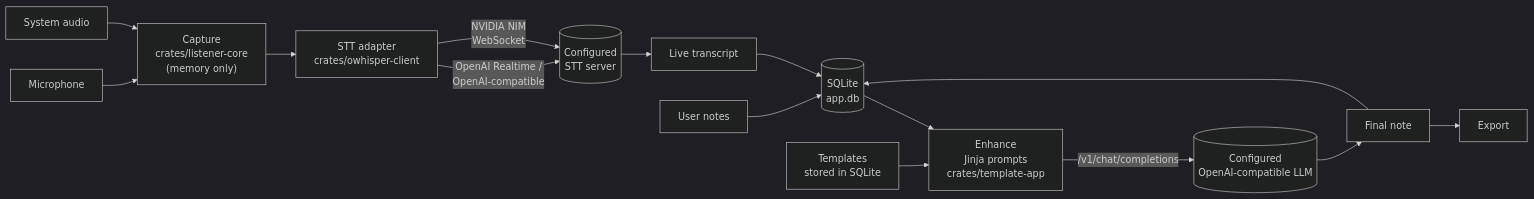
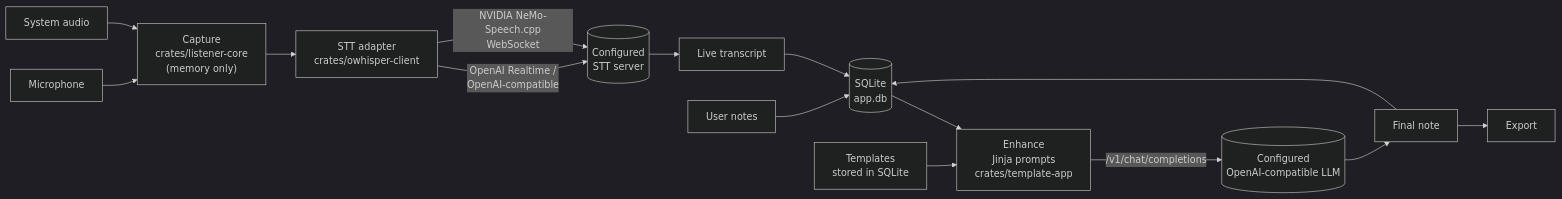
Before and after one commit to WillIsback/Syntheo: the diagram in docs/en/architecture.mdx, drawn with Mermaid (dark theme). The commit also changed other lines of this file and 128 other files, not shown here.

````diff
--- a/docs/en/architecture.mdx
+++ b/docs/en/architecture.mdx
@@ -27,17 +27,17 @@
 ```mermaid
 flowchart LR
     MIC[Microphone] --> CAP
     SYS[System audio] --> CAP
     CAP["Capture<br/>crates/listener-core<br/>(memory only)"] --> STT
     STT["STT adapter<br/>crates/owhisper-client"] -->|OpenAI Realtime /<br/>OpenAI-compatible| SRV1[(Configured<br/>STT server)]
-    STT -->|NVIDIA NIM<br/>WebSocket| SRV1
+    STT -->|NVIDIA NeMo-Speech.cpp<br/>WebSocket| SRV1
     SRV1 --> LIVE[Live transcript]
     LIVE --> DB[(SQLite<br/>app.db)]
     NOTES[User notes] --> DB
     DB --> ENH["Enhance<br/>Jinja prompts<br/>crates/template-app"]
     TPL[Templates<br/>stored in SQLite] --> ENH
     ENH -->|/v1/chat/completions| LLM[(Configured<br/>OpenAI-compatible LLM)]
     LLM --> FINAL[Final note]
     FINAL --> DB
     FINAL --> EXP[Export]
 ```
````
